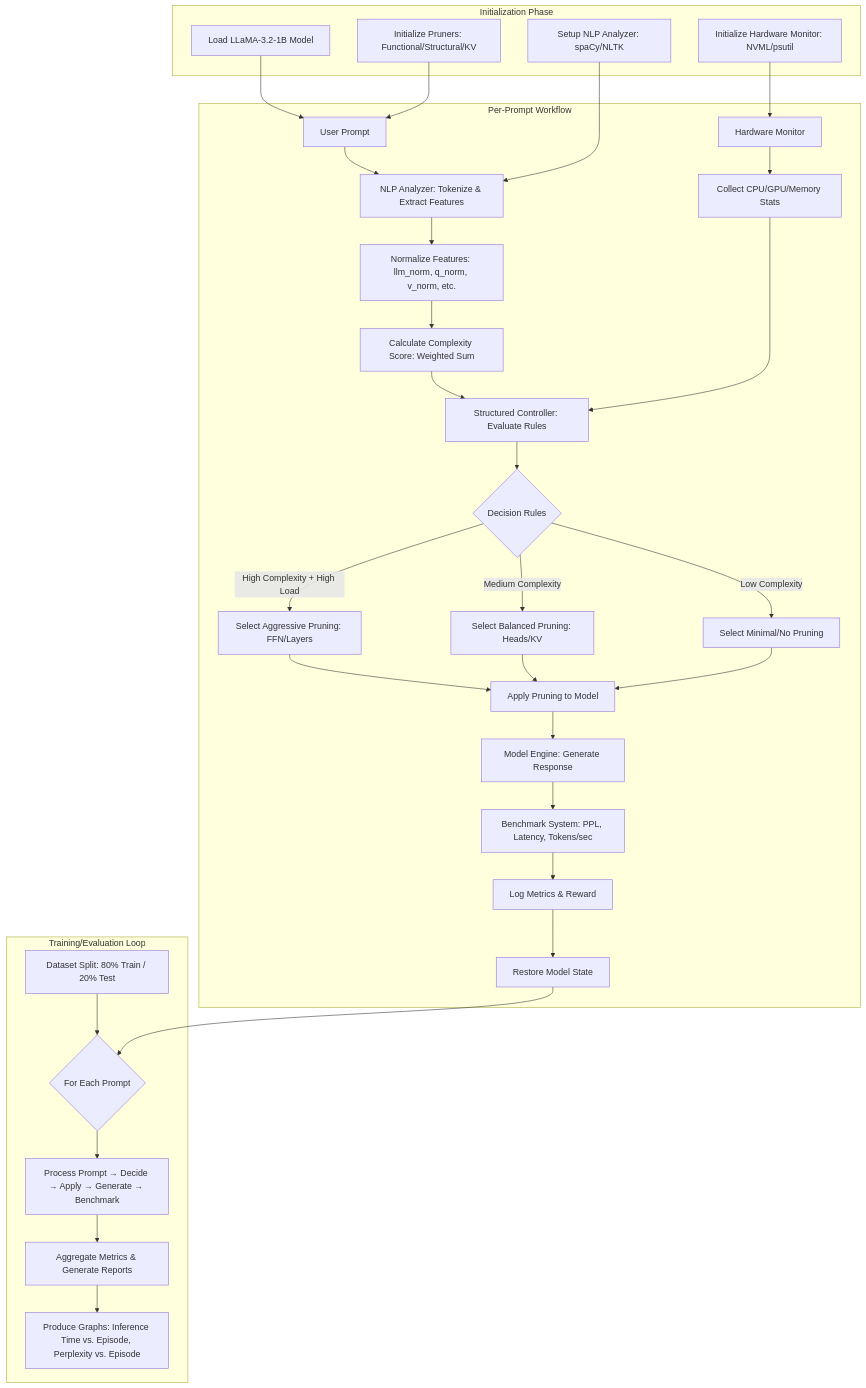
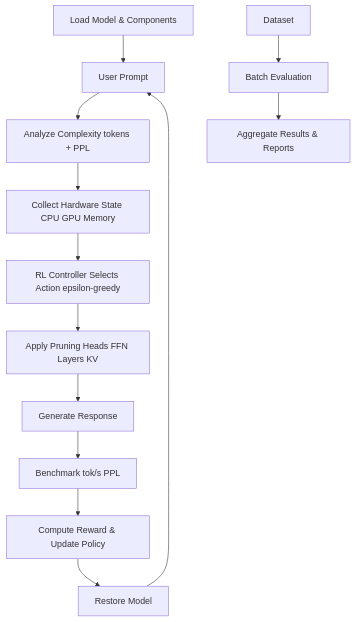
Before and after one commit to asief-iqbal/Thesis: the first of 3 diagrams in README.md, drawn with Mermaid. The commit also changed other lines of this file, not shown here.

Commit message:
Fix Mermaid diagram parse error: remove parentheses from node labels

````diff
--- a/README.md
+++ b/README.md
@@ -165,42 +156,16 @@
 ```mermaid
-graph TD
-    subgraph "Initialization Phase"
-        A1[Load LLaMA-3.2-1B Model]
-        B1[Initialize Pruners: Functional/Structural/KV]
-        C1[Setup NLP Analyzer: spaCy/NLTK]
-        D1[Initialize Hardware Monitor: NVML/psutil]
-    end
+flowchart TD
+    A[Load Model & Components] --> B[User Prompt]
+    B --> C[Analyze Complexity tokens + PPL]
+    C --> D[Collect Hardware State CPU GPU Memory]
+    D --> E[RL Controller Selects Action epsilon-greedy]
+    E --> F[Apply Pruning Heads FFN Layers KV]
+    F --> G[Generate Response]
+    G --> H[Benchmark tok/s PPL]
+    H --> I[Compute Reward & Update Policy]
+    I --> J[Restore Model]
+    J --> B
 
-    subgraph "Per-Prompt Workflow"
-        A[User Prompt] --> B[NLP Analyzer: Tokenize & Extract Features]
-        B --> C[Normalize Features: llm_norm, q_norm, v_norm, etc.]
-        C --> D[Calculate Complexity Score: Weighted Sum]
-        E[Hardware Monitor] --> F[Collect CPU/GPU/Memory Stats]
-        D --> G[Structured Controller: Evaluate Rules]
-        F --> G
-        G --> H{Decision Rules}
-        H -->|High Complexity + High Load| I[Select Aggressive Pruning: FFN/Layers]
-        H -->|Medium Complexity| J[Select Balanced Pruning: Heads/KV]
-        H -->|Low Complexity| K[Select Minimal/No Pruning]
-        I --> L[Apply Pruning to Model]
-        J --> L
-        K --> L
-        L --> M[Model Engine: Generate Response]
-        M --> N[Benchmark System: PPL, Latency, Tokens/sec]
-        N --> O[Log Metrics & Reward]
-        O --> P[Restore Model State]
-    end
-
-    subgraph "Training/Evaluation Loop"
-        Q[Dataset Split: 80% Train / 20% Test] --> R{For Each Prompt}
-        R --> S[Process Prompt → Decide → Apply → Generate → Benchmark]
-        S --> T[Aggregate Metrics & Generate Reports]
-        T --> U[Produce Graphs: Inference Time vs. Episode, Perplexity vs. Episode]
-    end
-
-    A1 --> A
-    B1 --> A
-    C1 --> B
-    D1 --> E
-    P --> R
+    K[Dataset] --> L[Batch Evaluation]
+    L --> M[Aggregate Results & Reports]
 ```
````
